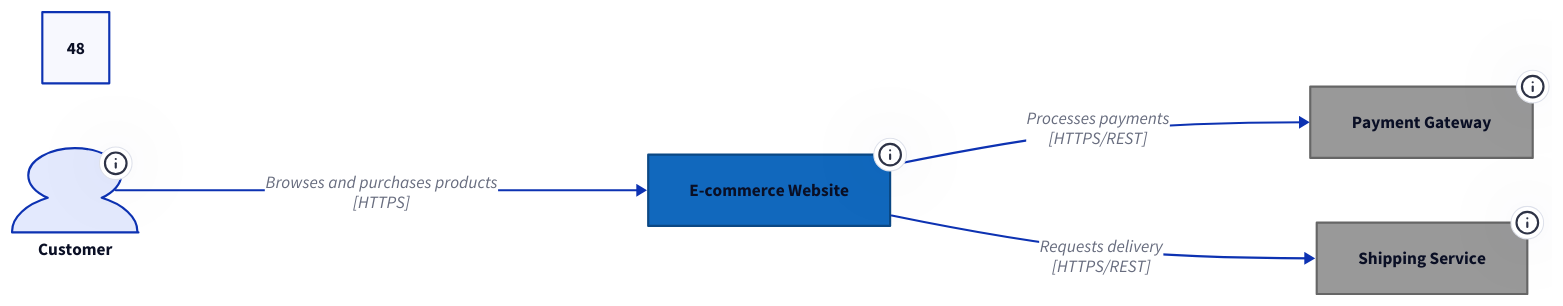
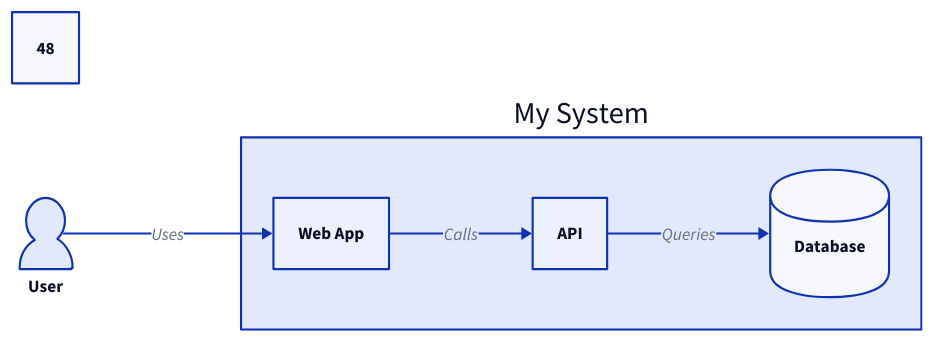
The fourth of 4 diagrams in prompts/coding/agent/c4-architecture.md (argentquest/Whysper), drawn with D2 before and after one commit. The commit also changed other lines of this file and 443 other files, not shown here.

Commit message:
after adding the diagrams

````diff
--- a/prompts/coding/agent/c4-architecture.md
+++ b/prompts/coding/agent/c4-architecture.md
@@ -114,47 +128,32 @@
 ```d2
+vars: {
+  d2-config: {
+    layout-engine: elk
+    theme-id: 0
+    center: true
+  }
+}
+
 direction: right
 spacing: 48
 
-# C4 Level 1 - System Context
-
-customer: Customer {
+user: "User" {
   shape: person
-  label: "Customer"
-  tooltip: "A user browsing and purchasing products"
 }
 
-ecommerce-system: E-commerce Website {
-  shape: rectangle
-  label: "E-commerce Website"
-  tooltip: "Allows customers to browse, search, and purchase products"
-  style: {
-    fill: "#1168bd"
-    stroke: "#0b4884"
+system: "My System" {
+  web: "Web App" {
+    shape: rectangle
+  }
+  api: "API" {
+    shape: rectangle
+  }
+  db: "Database" {
+    shape: cylinder
   }
 }
 
-payment-gateway: Payment Gateway {
-  shape: rectangle
-  label: "Payment Gateway"
-  tooltip: "External payment processor (Stripe, PayPal)"
-  style: {
-    fill: "#999"
-    stroke: "#666"
-  }
-}
-
-shipping-service: Shipping Service {
-  shape: rectangle
-  label: "Shipping Service"
-  tooltip: "Manages order fulfillment and delivery"
-  style: {
-    fill: "#999"
-    stroke: "#666"
-  }
-}
-
-# Relationships
-customer -> ecommerce-system: "Browses and purchases products\n[HTTPS]"
-ecommerce-system -> payment-gateway: "Processes payments\n[HTTPS/REST]"
-ecommerce-system -> shipping-service: "Requests delivery\n[HTTPS/REST]"
+user -> system.web: "Uses"
+system.web -> system.api: "Calls"
+system.api -> system.db: "Queries"
 ```
````
